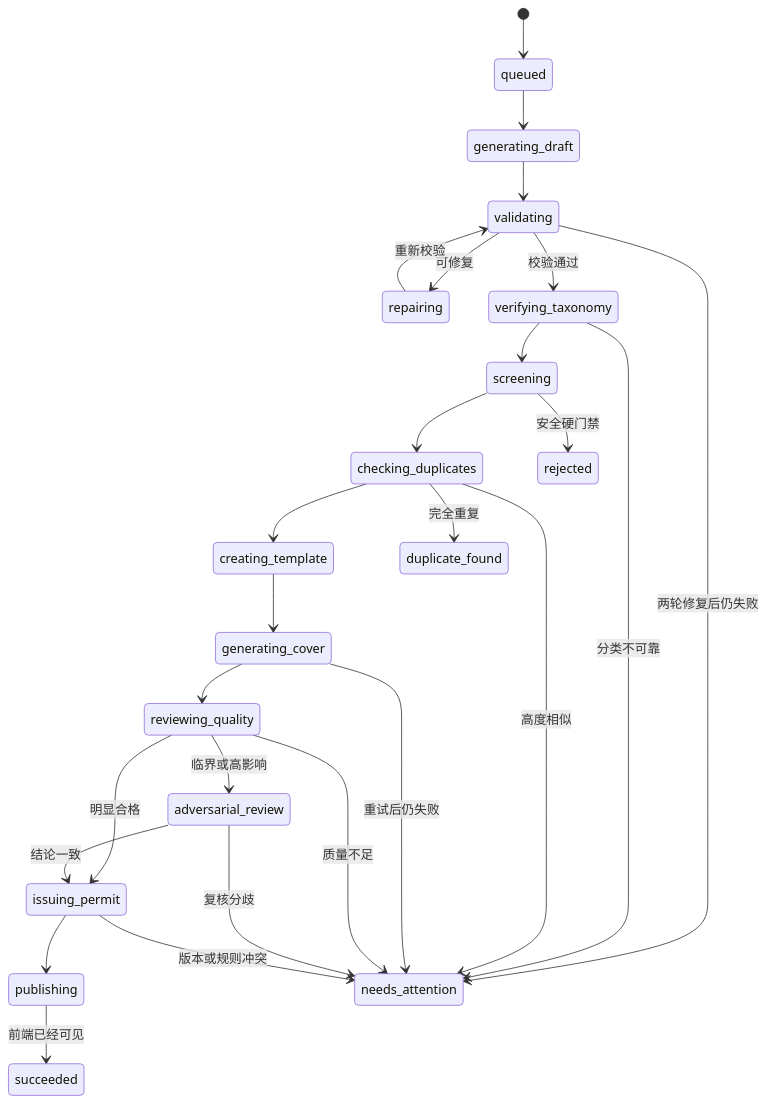
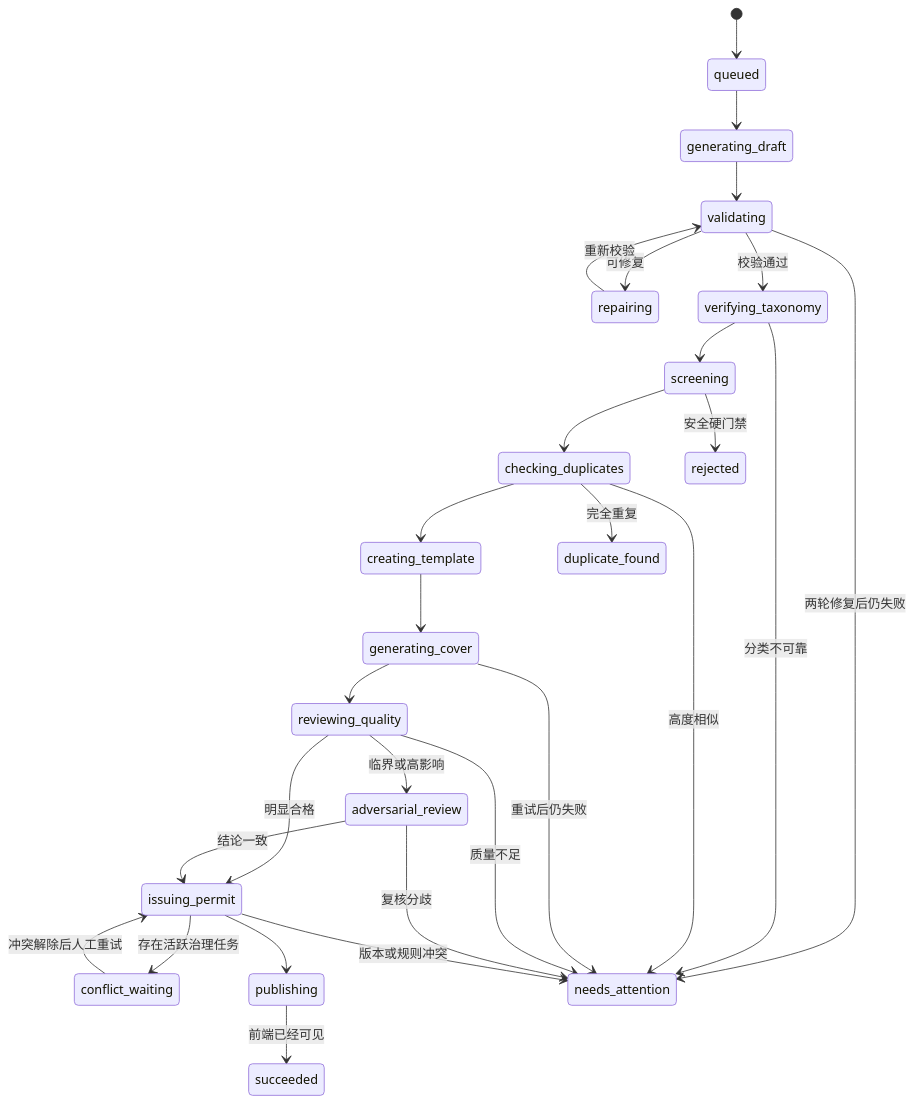
One commit to pixox24/Promptix changed the second of 2 diagrams in docs/superpowers/specs/2026-07-23-template-ingest-autopublish-orchestration-design.md. Above: the diagram before and after it, drawn with Mermaid. The commit also changed other lines of this file and 5 other files, not shown here.

````diff
--- a/docs/superpowers/specs/2026-07-23-template-ingest-autopublish-orchestration-design.md
+++ b/docs/superpowers/specs/2026-07-23-template-ingest-autopublish-orchestration-design.md
@@ -163,29 +163,31 @@
 ```mermaid
 stateDiagram-v2
     [*] --> queued
     queued --> generating_draft
     generating_draft --> validating
     validating --> repairing: 可修复
     repairing --> validating: 重新校验
     validating --> verifying_taxonomy: 校验通过
     verifying_taxonomy --> screening
     screening --> checking_duplicates
     checking_duplicates --> creating_template
     creating_template --> generating_cover
     generating_cover --> reviewing_quality
     reviewing_quality --> adversarial_review: 临界或高影响
     reviewing_quality --> issuing_permit: 明显合格
     adversarial_review --> issuing_permit: 结论一致
+    issuing_permit --> conflict_waiting: 存在活跃治理任务
+    conflict_waiting --> issuing_permit: 冲突解除后人工重试
     issuing_permit --> publishing
     publishing --> succeeded: 前端已经可见
 
     validating --> needs_attention: 两轮修复后仍失败
     verifying_taxonomy --> needs_attention: 分类不可靠
     screening --> rejected: 安全硬门禁
     checking_duplicates --> duplicate_found: 完全重复
     checking_duplicates --> needs_attention: 高度相似
     generating_cover --> needs_attention: 重试后仍失败
     reviewing_quality --> needs_attention: 质量不足
     adversarial_review --> needs_attention: 复核分歧
     issuing_permit --> needs_attention: 版本或规则冲突
 ```
````
